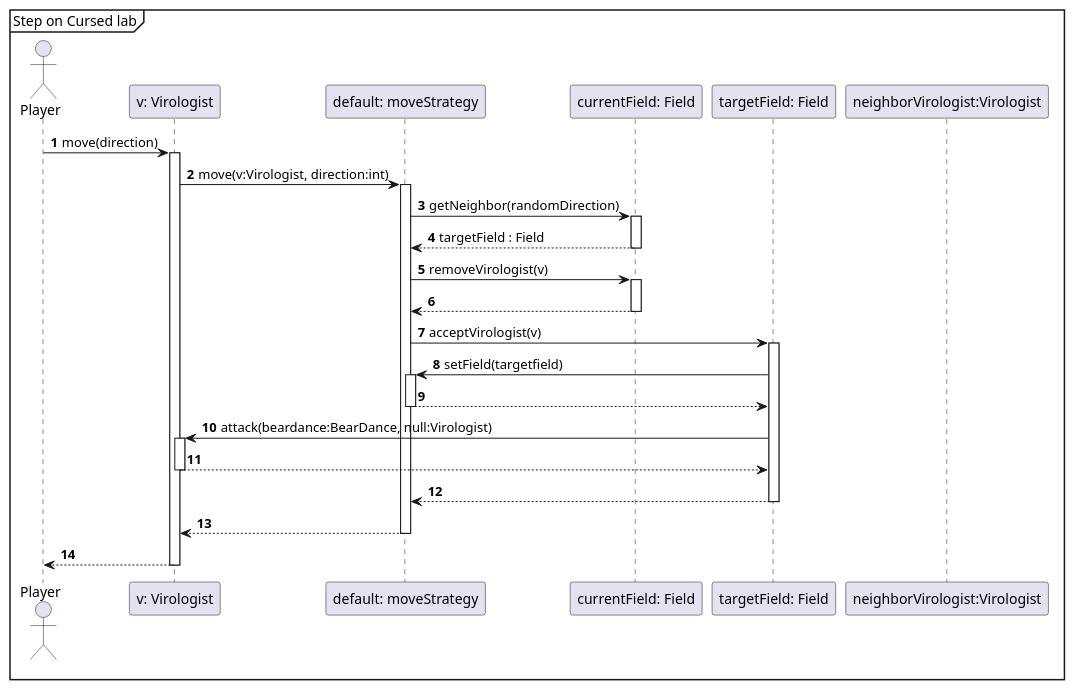
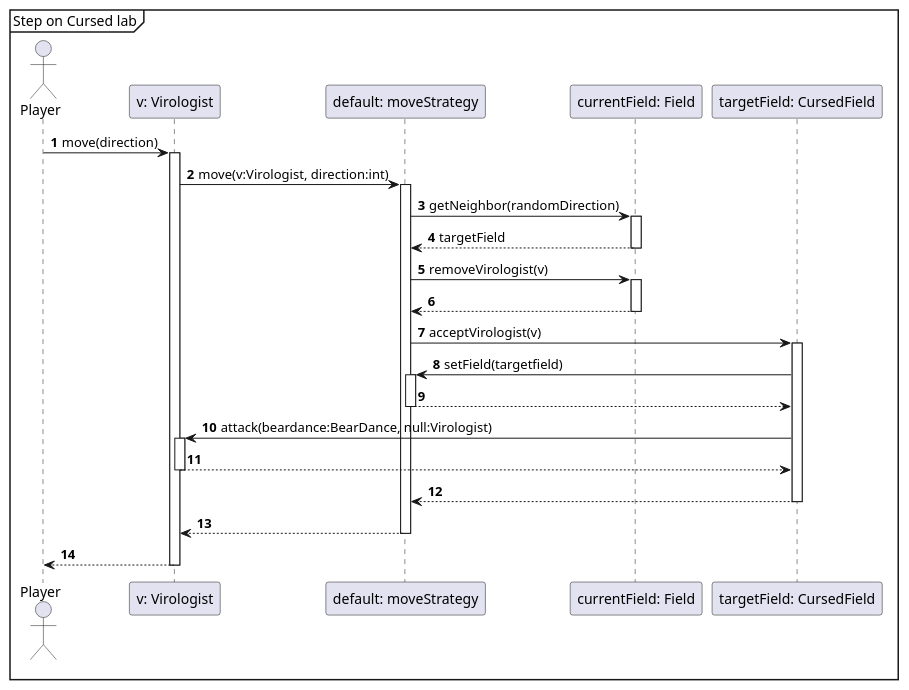
Before and after one commit to Projlab-csb/projlab-virologus: the diagram in Modification_1/mod_1-seq-diagrams/StepOnCursedLab.puml, drawn with PlantUML.

Commit message:
CursedLab modify

```diff
--- a/Modification_1/mod_1-seq-diagrams/StepOnCursedLab.puml
+++ b/Modification_1/mod_1-seq-diagrams/StepOnCursedLab.puml
@@ -1,49 +1,49 @@
 @startuml
 'https://plantuml.com/sequence-diagram
 
 autonumber
 
 mainframe Step on Cursed lab
 
 actor Player
 participant "v: Virologist" as Virologist
 participant "default: moveStrategy" as moveStrategy
 participant "currentField: Field" as currentField
-participant "targetField: Field" as targetField
-participant "neighborVirologist:Virologist" as neighborVirologist
+participant "targetField: CursedField" as targetField
+'participant "neighborVirologist:Virologist" as neighborVirologist
 
 
 
 Player -> Virologist: move(direction)
 Activate Virologist
 
 Virologist->moveStrategy++:move(v:Virologist, direction:int)
 
 
 moveStrategy-> currentField: getNeighbor(randomDirection)
 Activate currentField
-currentField --> moveStrategy: targetField : Field
+currentField --> moveStrategy: targetField
 Deactivate currentField
 
 moveStrategy -> currentField: removeVirologist(v)
 Activate currentField
 currentField --> moveStrategy:
 Deactivate currentField
 
 moveStrategy -> targetField: acceptVirologist(v)
 Activate targetField
 targetField->moveStrategy++: setField(targetfield)
 moveStrategy-->targetField--
 targetField->Virologist++:attack(beardance:BearDance, null:Virologist)
 Virologist-->targetField--
 targetField --> moveStrategy--
 
 
 
 Deactivate targetField
 
 
 moveStrategy-->Virologist--
 Virologist --> Player:
 Deactivate Virologist
 @enduml
```
